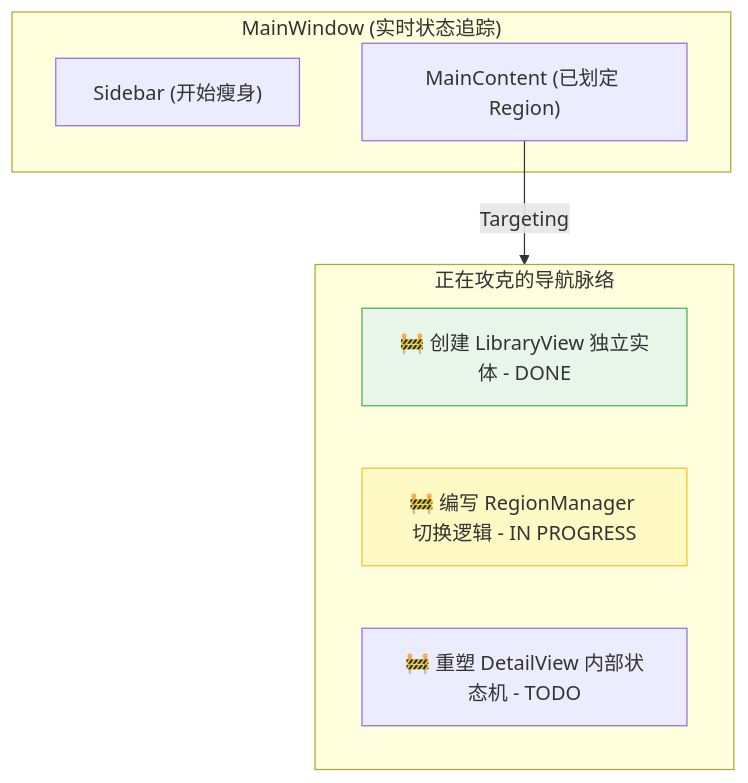
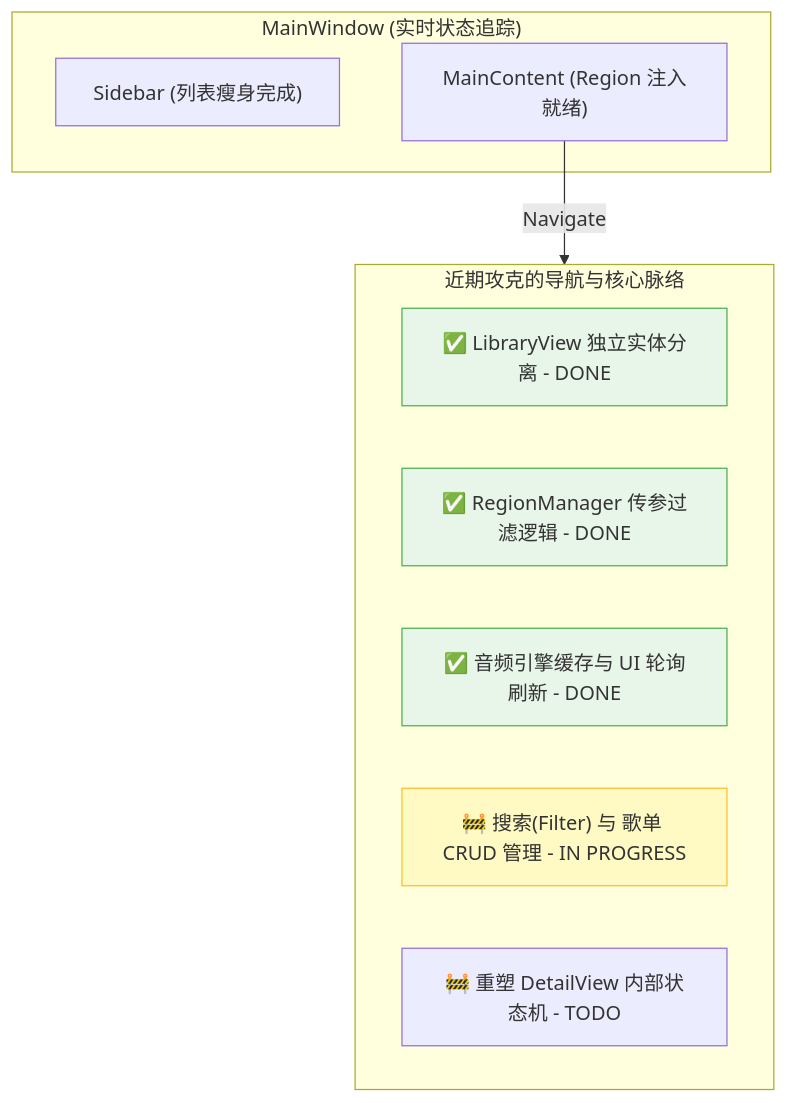
Before and after one commit to CPUrising/seamless-loop-music: the third of 3 diagrams in progress/23更详细的架构.md, drawn with Mermaid. The commit also changed other lines of this file and 1 other file, not shown here.

````diff
--- a/progress/23更详细的架构.md
+++ b/progress/23更详细的架构.md
@@ -97,18 +97,22 @@
 ```mermaid
 graph TD
     subgraph MW_Current ["MainWindow (实时状态追踪)"]
-        SBC["Sidebar (开始瘦身)"]
-        MCC["MainContent (已划定 Region)"]
+        SBC["Sidebar (列表瘦身完成)"]
+        MCC["MainContent (Region 注入就绪)"]
     end
 
-    subgraph Nav_Fix ["正在攻克的导航脉络"]
-        Fix1["🚧 创建 LibraryView 独立实体 - DONE"]
-        Fix2["🚧 编写 RegionManager 切换逻辑 - IN PROGRESS"]
-        Fix3["🚧 重塑 DetailView 内部状态机 - TODO"]
+    subgraph Nav_Fix ["近期攻克的导航与核心脉络"]
+        Fix1["✅ LibraryView 独立实体分离 - DONE"]
+        Fix2["✅ RegionManager 传参过滤逻辑 - DONE"]
+        Fix3["✅ 音频引擎缓存与 UI 轮询刷新 - DONE"]
+        Fix4["🚧 搜索(Filter) 与 歌单 CRUD 管理 - IN PROGRESS"]
+        Fix5["🚧 重塑 DetailView 内部状态机 - TODO"]
     end
     
-    MCC -- "Targeting" --> Nav_Fix
+    MCC -- "Navigate" --> Nav_Fix
     
     style Fix1 fill:#e8f5e9,stroke:#4caf50
-    style Fix2 fill:#fff9c4,stroke:#fbc02d
+    style Fix2 fill:#e8f5e9,stroke:#4caf50
+    style Fix3 fill:#e8f5e9,stroke:#4caf50
+    style Fix4 fill:#fff9c4,stroke:#fbc02d
 ```
````
